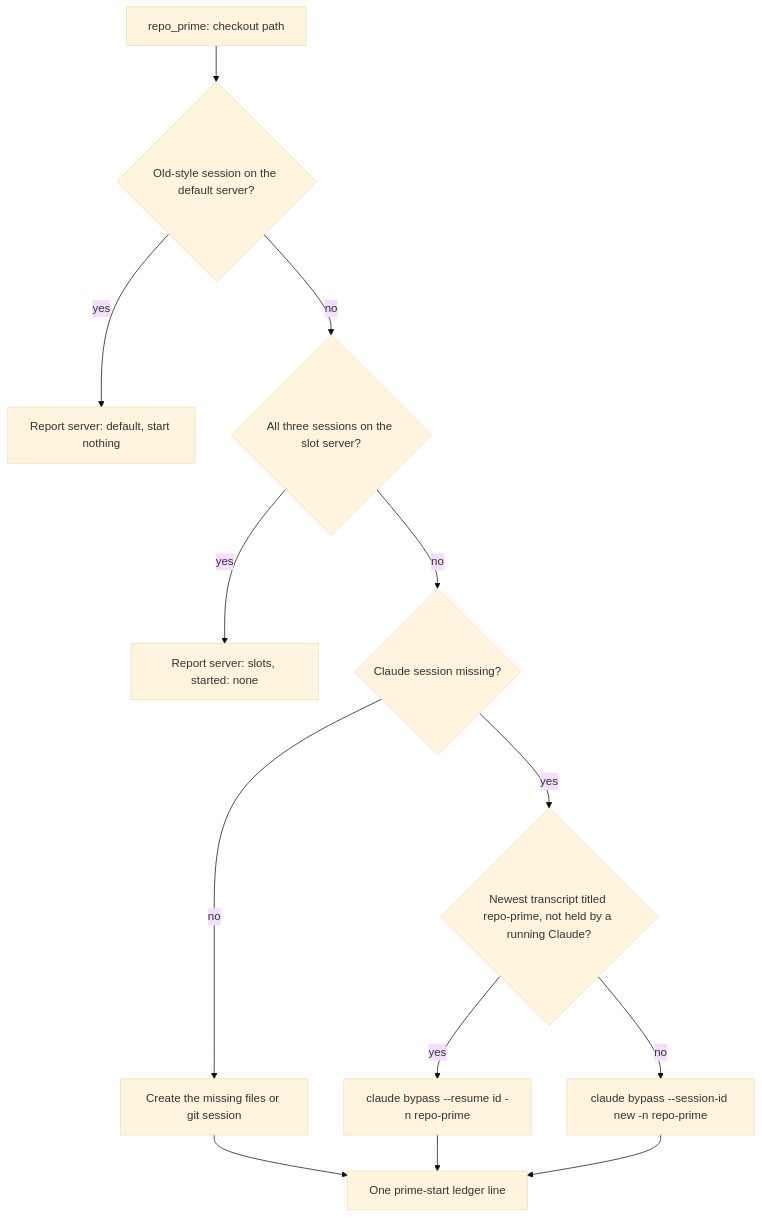
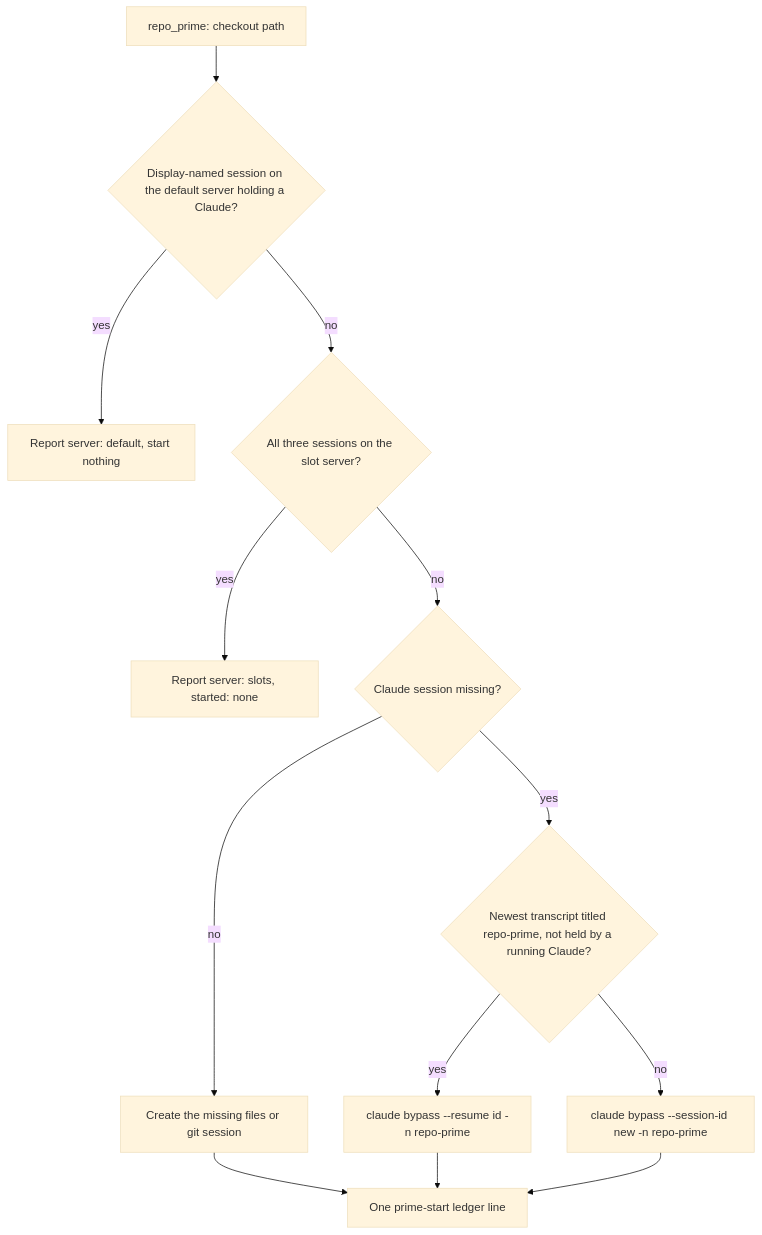
One commit to brettdavies/dotfiles changed the third of 4 diagrams in docs/plans/2026-11-03-2116-feat-prime-as-slot-plan.md. Above: the diagram before and after it, drawn with Mermaid (base theme). The commit also changed other lines of this file, not shown here.

First line of the commit message:
docs(plans): record the document review and Brett's answers in the prime plan

````diff
--- a/docs/plans/2026-11-03-2116-feat-prime-as-slot-plan.md
+++ b/docs/plans/2026-11-03-2116-feat-prime-as-slot-plan.md
@@ -315,15 +397,15 @@
 ```mermaid
 flowchart TB
-  a[repo_prime: checkout path] --> b{Old-style session on the default server?}
+  a[repo_prime: checkout path] --> b{Display-named session on the default server holding a Claude?}
   b -->|yes| c[Report server: default, start nothing]
   b -->|no| d{All three sessions on the slot server?}
   d -->|yes| e[Report server: slots, started: none]
   d -->|no| f{Claude session missing?}
   f -->|no| g[Create the missing files or git session]
   f -->|yes| h{Newest transcript titled repo-prime, not held by a running Claude?}
   h -->|yes| i[claude bypass --resume id -n repo-prime]
   h -->|no| j[claude bypass --session-id new -n repo-prime]
   g --> k[One prime-start ledger line]
   i --> k
   j --> k
 ```
````
